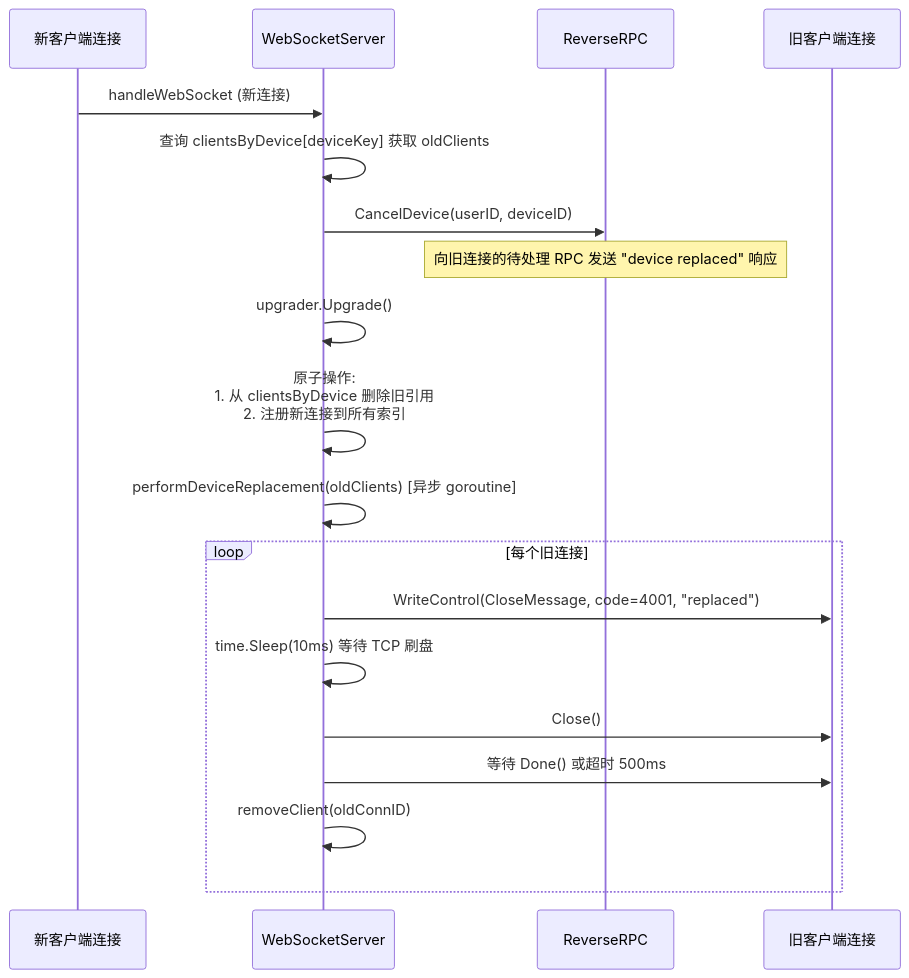
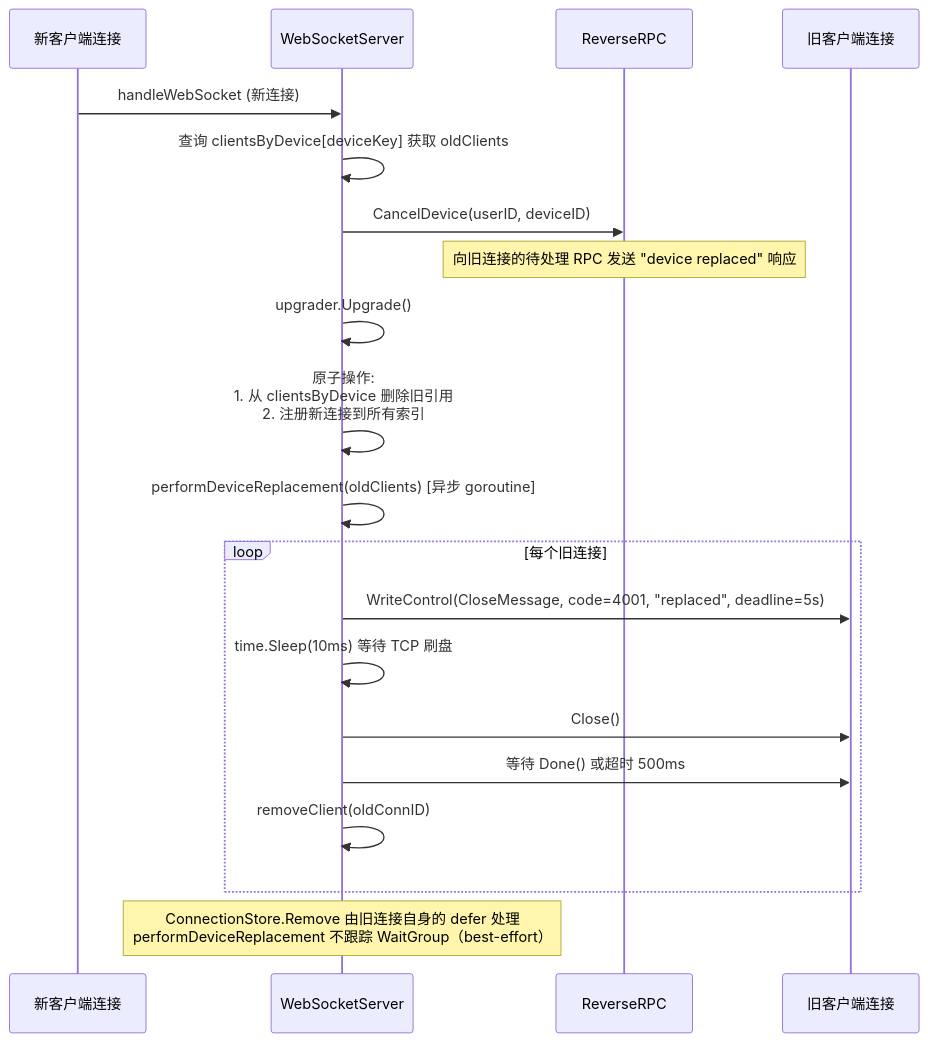
The second of 14 diagrams in wiki/flows/websocket-connection.md (PineappleBond/xyncra-server), drawn with Mermaid before and after one commit. The commit also changed other lines of this file and 16 other files, not shown here.

First line of the commit message:
docs(wiki): comprehensive review and fix of all flow documents

````diff
--- a/wiki/flows/websocket-connection.md
+++ b/wiki/flows/websocket-connection.md
@@ -95,26 +122,27 @@
 ```mermaid
 sequenceDiagram
     participant NewClient as 新客户端连接
     participant WS as WebSocketServer
     participant RR as ReverseRPC
     participant OldClient as 旧客户端连接
 
     NewClient->>WS: handleWebSocket (新连接)
     WS->>WS: 查询 clientsByDevice[deviceKey] 获取 oldClients
 
     WS->>RR: CancelDevice(userID, deviceID)
     Note over RR: 向旧连接的待处理 RPC 发送 "device replaced" 响应
 
     WS->>WS: upgrader.Upgrade()
     WS->>WS: 原子操作:<br/>1. 从 clientsByDevice 删除旧引用<br/>2. 注册新连接到所有索引
 
     WS->>WS: performDeviceReplacement(oldClients) [异步 goroutine]
 
     loop 每个旧连接
-        WS->>OldClient: WriteControl(CloseMessage, code=4001, "replaced")
+        WS->>OldClient: WriteControl(CloseMessage, code=4001, "replaced", deadline=5s)
         WS->>WS: time.Sleep(10ms) 等待 TCP 刷盘
         WS->>OldClient: Close()
         WS->>OldClient: 等待 Done() 或超时 500ms
         WS->>WS: removeClient(oldConnID)
     end
+    Note over WS: ConnectionStore.Remove 由旧连接自身的 defer 处理<br/>performDeviceReplacement 不跟踪 WaitGroup（best-effort）
 ```
````
